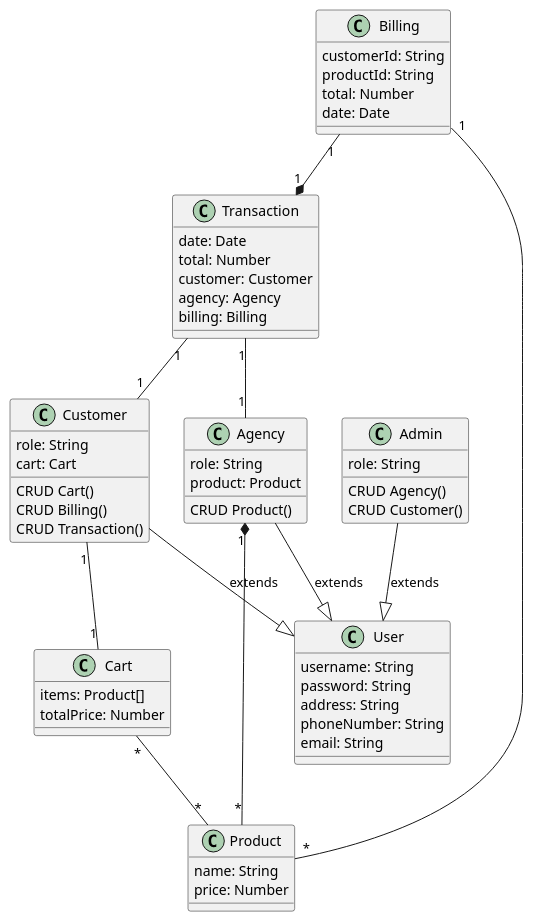
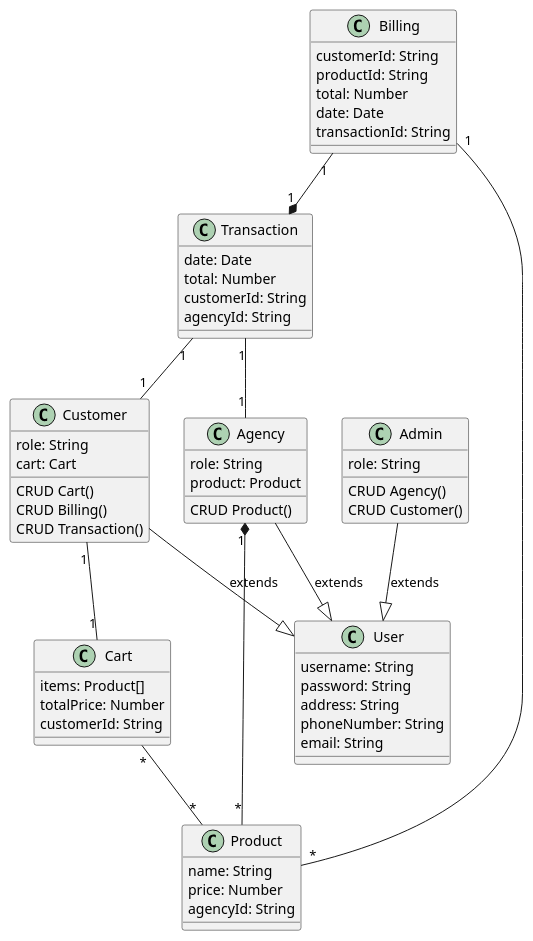
One commit to 4li3nn/e-commerce-platform changed the diagram in classDiagram.wsd. Above: the diagram before and after it, drawn with PlantUML. The commit also changed 11 other files, not shown here.

Commit message:
update diagram, controller and bug

```diff
--- a/classDiagram.wsd
+++ b/classDiagram.wsd
@@ -2,69 +2,71 @@
 @startuml classDiagram
 
 class User{
   username: String
   password: String
   address: String
   phoneNumber: String
   email: String
 }
 
 class Agency {
   role: String
   product: Product
   CRUD Product()
 }
 
 class Customer {
   role: String
   cart: Cart
   CRUD Cart()
   CRUD Billing()
   CRUD Transaction()
 }
 
 class Admin {
   role: String
   CRUD Agency()
   CRUD Customer()
 }
 
 class Cart {
   items: Product[]
   totalPrice: Number
+  customerId: String
 }
 
 class Product {
   name: String
   price: Number
+  agencyId: String
 }
 
 class Transaction {
   date: Date
   total: Number
-  customer: Customer
-  agency: Agency
-  billing: Billing
+  customerId: String
+  agencyId: String
 }
 
 class Billing {
   customerId: String
   productId: String
   total: Number
   date: Date
+  transactionId: String
 }
 
 Customer --|> User : extends
 Agency --|> User : extends
 Admin --|> User : extends
 Cart "*" -- "*" Product 
 Customer "1" -- "1" Cart
 Agency "1" *-- "*" Product 
 Transaction "1" -- "1" Customer
 Transaction "1" -- "1" Agency
 Billing "1" --* "1" Transaction
 Billing "1" -- "*" Product
 
 
 
 @enduml
```
